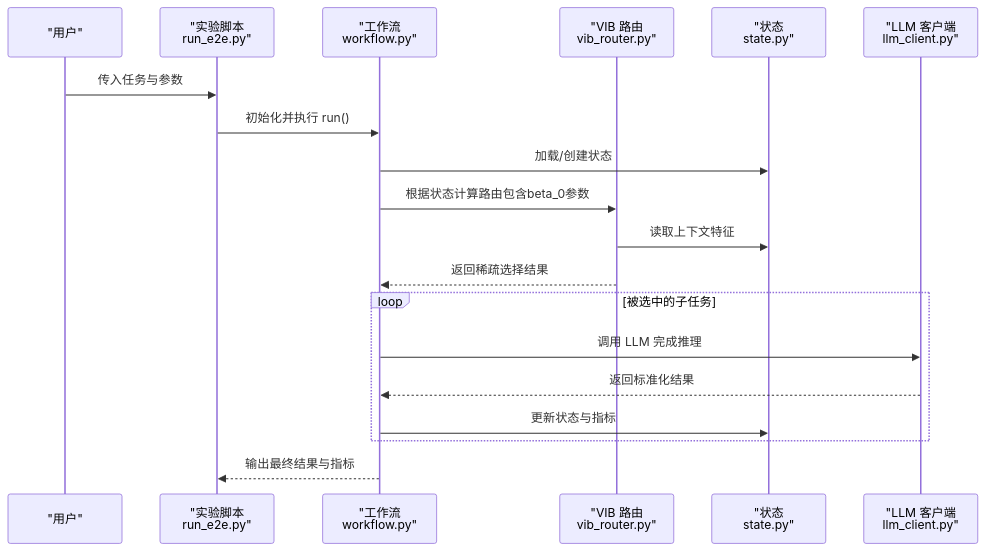
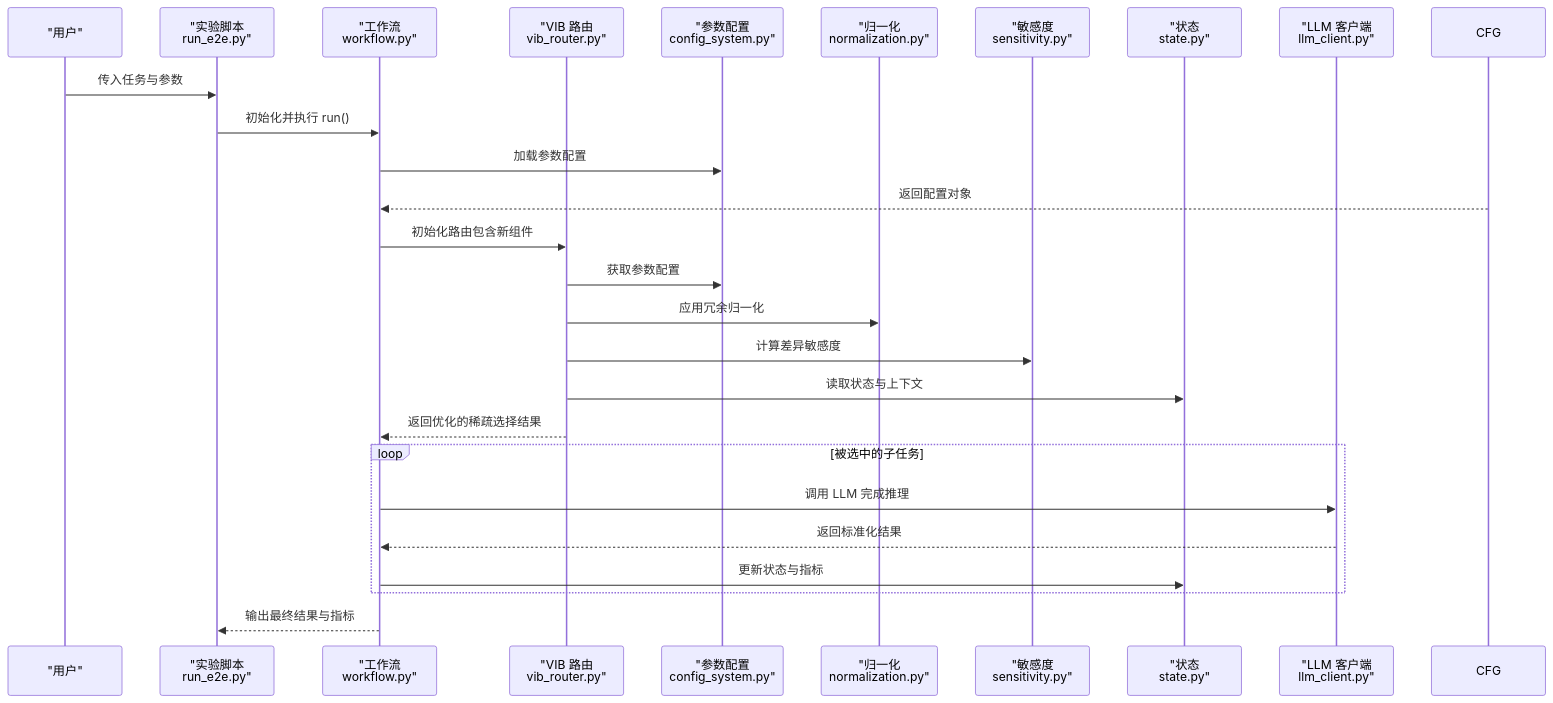
One commit to QuStarry/VIB-SparseCommunication changed the second of 5 diagrams in .qoder/repowiki/zh/content/核心架构/实验框架/实验框架.md. Above: the diagram before and after it, drawn with Mermaid. The commit also changed other lines of this file and 31 other files, not shown here.

````diff
--- a/.qoder/repowiki/zh/content/核心架构/实验框架/实验框架.md
+++ b/.qoder/repowiki/zh/content/核心架构/实验框架/实验框架.md
@@ -134,21 +158,28 @@
 ```mermaid
 sequenceDiagram
 participant User as "用户"
 participant Exp as "实验脚本<br/>run_e2e.py"
 participant WF as "工作流<br/>workflow.py"
 participant R as "VIB 路由<br/>vib_router.py"
+participant Cfg as "参数配置<br/>config_system.py"
+participant Norm as "归一化<br/>normalization.py"
+participant Sens as "敏感度<br/>sensitivity.py"
 participant S as "状态<br/>state.py"
 participant C as "LLM 客户端<br/>llm_client.py"
 User->>Exp : 传入任务与参数
 Exp->>WF : 初始化并执行 run()
-WF->>S : 加载/创建状态
-WF->>R : 根据状态计算路由包含beta_0参数
-R->>S : 读取上下文特征
-R-->>WF : 返回稀疏选择结果
+WF->>Cfg : 加载参数配置
+CFG-->>WF : 返回配置对象
+WF->>R : 初始化路由包含新组件
+R->>Cfg : 获取参数配置
+R->>Norm : 应用冗余归一化
+R->>Sens : 计算差异敏感度
+R->>S : 读取状态与上下文
+R-->>WF : 返回优化的稀疏选择结果
 loop 被选中的子任务
 WF->>C : 调用 LLM 完成推理
 C-->>WF : 返回标准化结果
 WF->>S : 更新状态与指标
 end
 WF-->>Exp : 输出最终结果与指标
 ```
````
